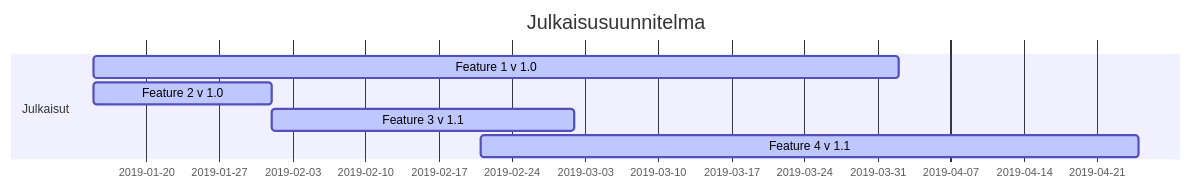
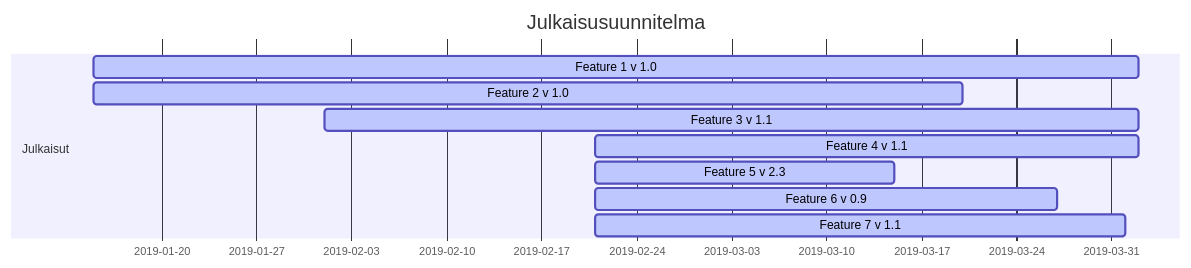
The diagram in dokumentaatio/04-julkaisusuunnitelma/julkaisusuunnitelma.md (ninaleo/ransut-core), drawn with Mermaid before and after one commit.

````diff
--- a/dokumentaatio/04-julkaisusuunnitelma/julkaisusuunnitelma.md
+++ b/dokumentaatio/04-julkaisusuunnitelma/julkaisusuunnitelma.md
@@ -4,10 +4,14 @@
 ```mermaid
 gantt
     title Julkaisusuunnitelma
     dateFormat  DD-MM-YYYY
     section Julkaisut
     Feature 1  v 1.0       :active,v 1.0, 15-01-2019, 02-04-2019
-    Feature 2  v 1.0       :active,v 1.0, 15-01-2019, 01-02-2019
-    Feature 3  v 1.1       :active,v 1.0, 01-02-2019, 02-03-2019
-    Feature 4  v 1.1       :active,v 1.0, 21-02-2019, 25-04-2019
+    Feature 2  v 1.0       :active,v 1.0, 15-01-2019, 20-03-2019
+    Feature 3  v 1.1       :active,v 1.0, 01-02-2019, 02-04-2019
+    Feature 4  v 1.1       :active,v 1.0, 21-02-2019, 02-04-2019
+    Feature 5  v 2.3       :active,v 1.0, 21-02-2019, 15-03-2019
+    Feature 6  v 0.9       :active,v 1.0, 21-02-2019, 27-03-2019
+    Feature 7  v 1.1       :active,v 1.0, 21-02-2019, 01-04-2019
+
 ```
````
